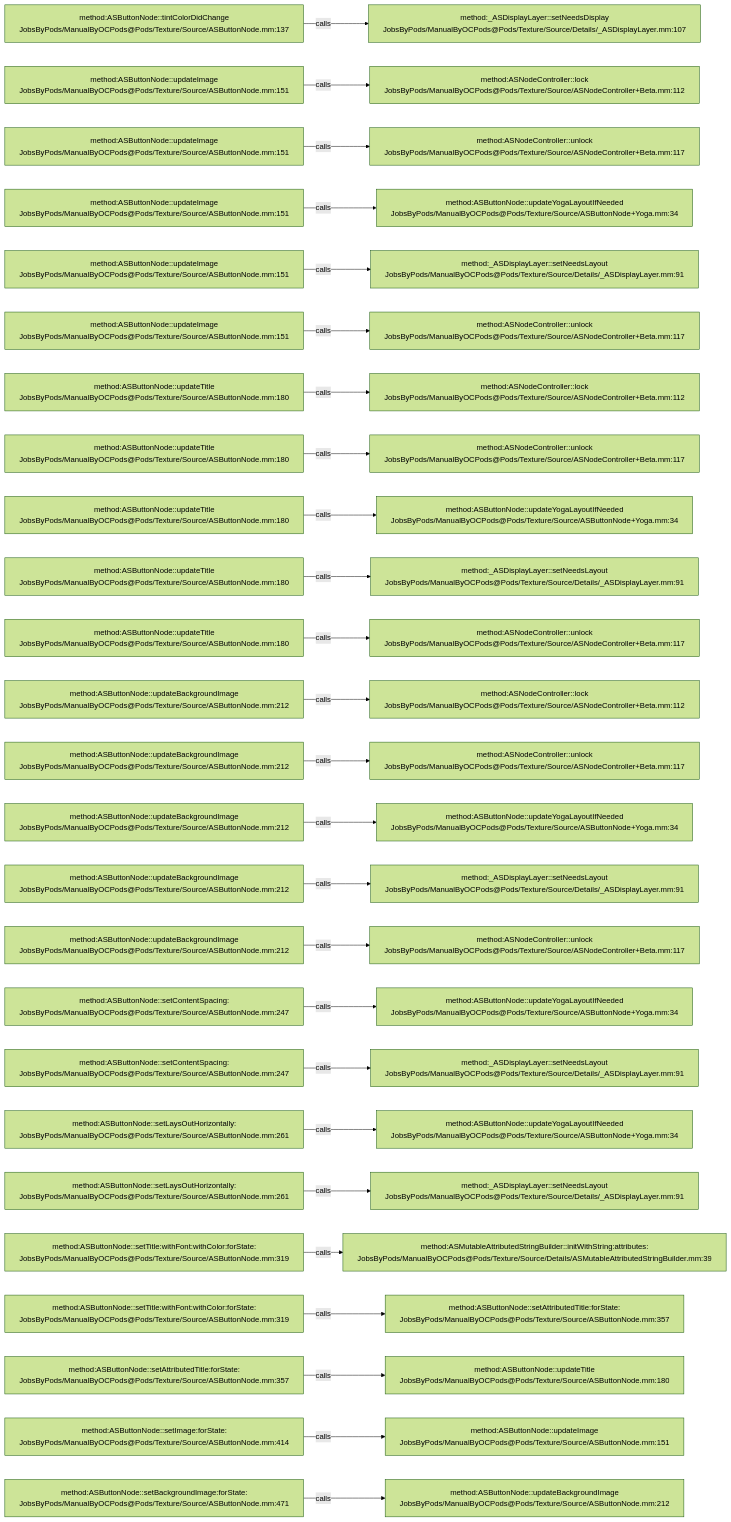
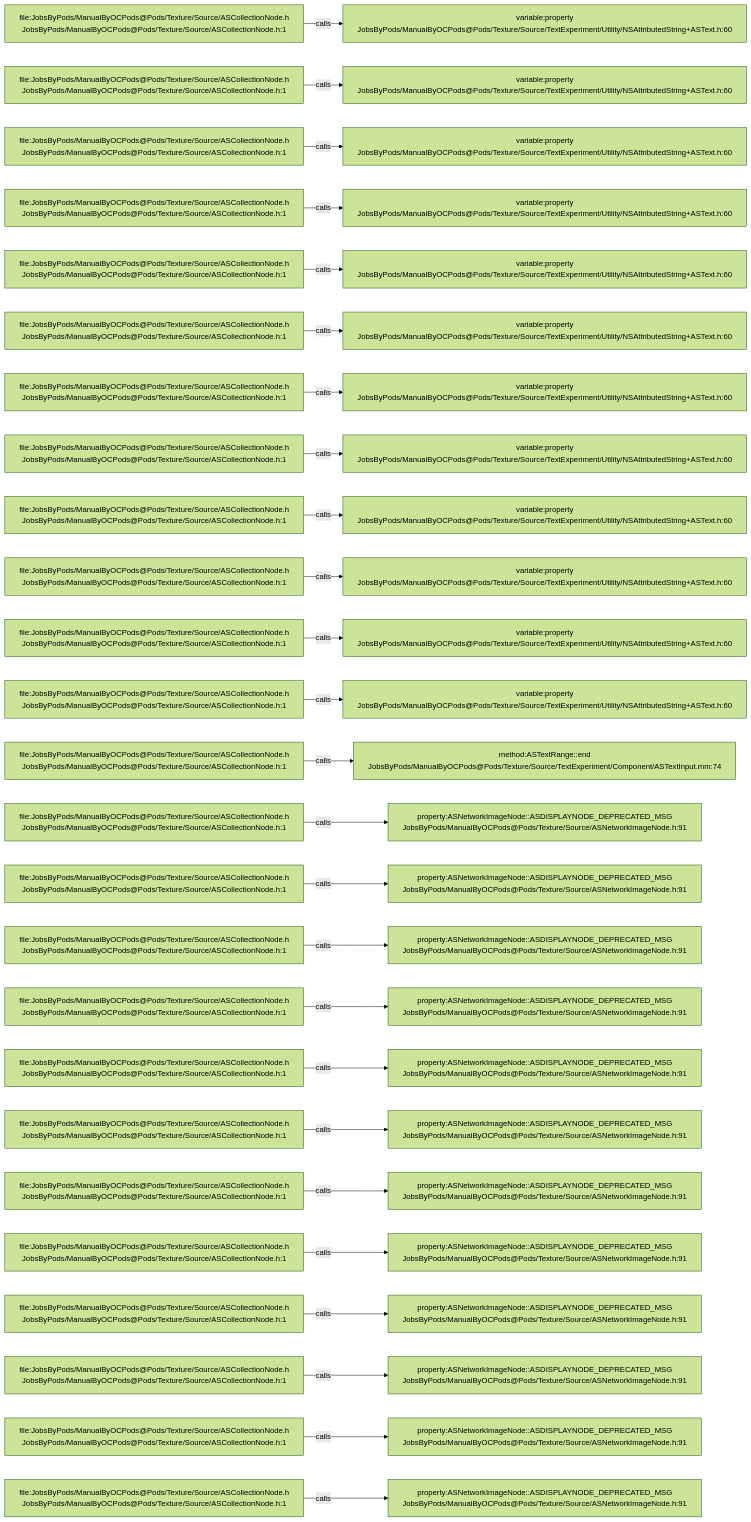
The diagram in .codegraph/codegraph.md/graphs/calls-073.md (JobsKits/JobsOCBaseConfigDemo), drawn with Mermaid (forest theme) before and after one commit. The commit also changed 1353 other files, not shown here.

````diff
--- a/.codegraph/codegraph.md/graphs/calls-073.md
+++ b/.codegraph/codegraph.md/graphs/calls-073.md
@@ -13,78 +13,78 @@
 ```mermaid
 flowchart LR
-  S1["method:ASButtonNode::tintColorDidChange<br/>JobsByPods/ManualByOCPods@Pods/Texture/Source/ASButtonNode.mm:137"]
-  T1["method:_ASDisplayLayer::setNeedsDisplay<br/>JobsByPods/ManualByOCPods@Pods/Texture/Source/Details/_ASDisplayLayer.mm:107"]
+  S1["file:JobsByPods/ManualByOCPods@Pods/Texture/Source/ASCollectionNode.h<br/>JobsByPods/ManualByOCPods@Pods/Texture/Source/ASCollectionNode.h:1"]
+  T1["variable:property<br/>JobsByPods/ManualByOCPods@Pods/Texture/Source/TextExperiment/Utility/NSAttributedString+ASText.h:60"]
   S1 -->|calls| T1
-  S2["method:ASButtonNode::updateImage<br/>JobsByPods/ManualByOCPods@Pods/Texture/Source/ASButtonNode.mm:151"]
-  T2["method:ASNodeController::lock<br/>JobsByPods/ManualByOCPods@Pods/Texture/Source/ASNodeController+Beta.mm:112"]
+  S2["file:JobsByPods/ManualByOCPods@Pods/Texture/Source/ASCollectionNode.h<br/>JobsByPods/ManualByOCPods@Pods/Texture/Source/ASCollectionNode.h:1"]
+  T2["variable:property<br/>JobsByPods/ManualByOCPods@Pods/Texture/Source/TextExperiment/Utility/NSAttributedString+ASText.h:60"]
   S2 -->|calls| T2
-  S3["method:ASButtonNode::updateImage<br/>JobsByPods/ManualByOCPods@Pods/Texture/Source/ASButtonNode.mm:151"]
-  T3["method:ASNodeController::unlock<br/>JobsByPods/ManualByOCPods@Pods/Texture/Source/ASNodeController+Beta.mm:117"]
+  S3["file:JobsByPods/ManualByOCPods@Pods/Texture/Source/ASCollectionNode.h<br/>JobsByPods/ManualByOCPods@Pods/Texture/Source/ASCollectionNode.h:1"]
+  T3["variable:property<br/>JobsByPods/ManualByOCPods@Pods/Texture/Source/TextExperiment/Utility/NSAttributedString+ASText.h:60"]
   S3 -->|calls| T3
-  S4["method:ASButtonNode::updateImage<br/>JobsByPods/ManualByOCPods@Pods/Texture/Source/ASButtonNode.mm:151"]
-  T4["method:ASButtonNode::updateYogaLayoutIfNeeded<br/>JobsByPods/ManualByOCPods@Pods/Texture/Source/ASButtonNode+Yoga.mm:34"]
+  S4["file:JobsByPods/ManualByOCPods@Pods/Texture/Source/ASCollectionNode.h<br/>JobsByPods/ManualByOCPods@Pods/Texture/Source/ASCollectionNode.h:1"]
+  T4["variable:property<br/>JobsByPods/ManualByOCPods@Pods/Texture/Source/TextExperiment/Utility/NSAttributedString+ASText.h:60"]
   S4 -->|calls| T4
-  S5["method:ASButtonNode::updateImage<br/>JobsByPods/ManualByOCPods@Pods/Texture/Source/ASButtonNode.mm:151"]
-  T5["method:_ASDisplayLayer::setNeedsLayout<br/>JobsByPods/ManualByOCPods@Pods/Texture/Source/Details/_ASDisplayLayer.mm:91"]
+  S5["file:JobsByPods/ManualByOCPods@Pods/Texture/Source/ASCollectionNode.h<br/>JobsByPods/ManualByOCPods@Pods/Texture/Source/ASCollectionNode.h:1"]
+  T5["variable:property<br/>JobsByPods/ManualByOCPods@Pods/Texture/Source/TextExperiment/Utility/NSAttributedString+ASText.h:60"]
   S5 -->|calls| T5
-  S6["method:ASButtonNode::updateImage<br/>JobsByPods/ManualByOCPods@Pods/Texture/Source/ASButtonNode.mm:151"]
-  T6["method:ASNodeController::unlock<br/>JobsByPods/ManualByOCPods@Pods/Texture/Source/ASNodeController+Beta.mm:117"]
+  S6["file:JobsByPods/ManualByOCPods@Pods/Texture/Source/ASCollectionNode.h<br/>JobsByPods/ManualByOCPods@Pods/Texture/Source/ASCollectionNode.h:1"]
+  T6["variable:property<br/>JobsByPods/ManualByOCPods@Pods/Texture/Source/TextExperiment/Utility/NSAttributedString+ASText.h:60"]
   S6 -->|calls| T6
-  S7["method:ASButtonNode::updateTitle<br/>JobsByPods/ManualByOCPods@Pods/Texture/Source/ASButtonNode.mm:180"]
-  T7["method:ASNodeController::lock<br/>JobsByPods/ManualByOCPods@Pods/Texture/Source/ASNodeController+Beta.mm:112"]
+  S7["file:JobsByPods/ManualByOCPods@Pods/Texture/Source/ASCollectionNode.h<br/>JobsByPods/ManualByOCPods@Pods/Texture/Source/ASCollectionNode.h:1"]
+  T7["variable:property<br/>JobsByPods/ManualByOCPods@Pods/Texture/Source/TextExperiment/Utility/NSAttributedString+ASText.h:60"]
   S7 -->|calls| T7
-  S8["method:ASButtonNode::updateTitle<br/>JobsByPods/ManualByOCPods@Pods/Texture/Source/ASButtonNode.mm:180"]
-  T8["method:ASNodeController::unlock<br/>JobsByPods/ManualByOCPods@Pods/Texture/Source/ASNodeController+Beta.mm:117"]
+  S8["file:JobsByPods/ManualByOCPods@Pods/Texture/Source/ASCollectionNode.h<br/>JobsByPods/ManualByOCPods@Pods/Texture/Source/ASCollectionNode.h:1"]
+  T8["variable:property<br/>JobsByPods/ManualByOCPods@Pods/Texture/Source/TextExperiment/Utility/NSAttributedString+ASText.h:60"]
   S8 -->|calls| T8
-  S9["method:ASButtonNode::updateTitle<br/>JobsByPods/ManualByOCPods@Pods/Texture/Source/ASButtonNode.mm:180"]
-  T9["method:ASButtonNode::updateYogaLayoutIfNeeded<br/>JobsByPods/ManualByOCPods@Pods/Texture/Source/ASButtonNode+Yoga.mm:34"]
+  S9["file:JobsByPods/ManualByOCPods@Pods/Texture/Source/ASCollectionNode.h<br/>JobsByPods/ManualByOCPods@Pods/Texture/Source/ASCollectionNode.h:1"]
+  T9["variable:property<br/>JobsByPods/ManualByOCPods@Pods/Texture/Source/TextExperiment/Utility/NSAttributedString+ASText.h:60"]
   S9 -->|calls| T9
-  S10["method:ASButtonNode::updateTitle<br/>JobsByPods/ManualByOCPods@Pods/Texture/Source/ASButtonNode.mm:180"]
-  T10["method:_ASDisplayLayer::setNeedsLayout<br/>JobsByPods/ManualByOCPods@Pods/Texture/Source/Details/_ASDisplayLayer.mm:91"]
+  S10["file:JobsByPods/ManualByOCPods@Pods/Texture/Source/ASCollectionNode.h<br/>JobsByPods/ManualByOCPods@Pods/Texture/Source/ASCollectionNode.h:1"]
+  T10["variable:property<br/>JobsByPods/ManualByOCPods@Pods/Texture/Source/TextExperiment/Utility/NSAttributedString+ASText.h:60"]
   S10 -->|calls| T10
-  S11["method:ASButtonNode::updateTitle<br/>JobsByPods/ManualByOCPods@Pods/Texture/Source/ASButtonNode.mm:180"]
-  T11["method:ASNodeController::unlock<br/>JobsByPods/ManualByOCPods@Pods/Texture/Source/ASNodeController+Beta.mm:117"]
+  S11["file:JobsByPods/ManualByOCPods@Pods/Texture/Source/ASCollectionNode.h<br/>JobsByPods/ManualByOCPods@Pods/Texture/Source/ASCollectionNode.h:1"]
+  T11["variable:property<br/>JobsByPods/ManualByOCPods@Pods/Texture/Source/TextExperiment/Utility/NSAttributedString+ASText.h:60"]
   S11 -->|calls| T11
-  S12["method:ASButtonNode::updateBackgroundImage<br/>JobsByPods/ManualByOCPods@Pods/Texture/Source/ASButtonNode.mm:212"]
-  T12["method:ASNodeController::lock<br/>JobsByPods/ManualByOCPods@Pods/Texture/Source/ASNodeController+Beta.mm:112"]
+  S12["file:JobsByPods/ManualByOCPods@Pods/Texture/Source/ASCollectionNode.h<br/>JobsByPods/ManualByOCPods@Pods/Texture/Source/ASCollectionNode.h:1"]
+  T12["variable:property<br/>JobsByPods/ManualByOCPods@Pods/Texture/Source/TextExperiment/Utility/NSAttributedString+ASText.h:60"]
   S12 -->|calls| T12
-  S13["method:ASButtonNode::updateBackgroundImage<br/>JobsByPods/ManualByOCPods@Pods/Texture/Source/ASButtonNode.mm:212"]
-  T13["method:ASNodeController::unlock<br/>JobsByPods/ManualByOCPods@Pods/Texture/Source/ASNodeController+Beta.mm:117"]
+  S13["file:JobsByPods/ManualByOCPods@Pods/Texture/Source/ASCollectionNode.h<br/>JobsByPods/ManualByOCPods@Pods/Texture/Source/ASCollectionNode.h:1"]
+  T13["method:ASTextRange::end<br/>JobsByPods/ManualByOCPods@Pods/Texture/Source/TextExperiment/Component/ASTextInput.mm:74"]
   S13 -->|calls| T13
-  S14["method:ASButtonNode::updateBackgroundImage<br/>JobsByPods/ManualByOCPods@Pods/Texture/Source/ASButtonNode.mm:212"]
-  T14["method:ASButtonNode::updateYogaLayoutIfNeeded<br/>JobsByPods/ManualByOCPods@Pods/Texture/Source/ASButtonNode+Yoga.mm:34"]
+  S14["file:JobsByPods/ManualByOCPods@Pods/Texture/Source/ASCollectionNode.h<br/>JobsByPods/ManualByOCPods@Pods/Texture/Source/ASCollectionNode.h:1"]
+  T14["property:ASNetworkImageNode::ASDISPLAYNODE_DEPRECATED_MSG<br/>JobsByPods/ManualByOCPods@Pods/Texture/Source/ASNetworkImageNode.h:91"]
   S14 -->|calls| T14
-  S15["method:ASButtonNode::updateBackgroundImage<br/>JobsByPods/ManualByOCPods@Pods/Texture/Source/ASButtonNode.mm:212"]
-  T15["method:_ASDisplayLayer::setNeedsLayout<br/>JobsByPods/ManualByOCPods@Pods/Texture/Source/Details/_ASDisplayLayer.mm:91"]
+  S15["file:JobsByPods/ManualByOCPods@Pods/Texture/Source/ASCollectionNode.h<br/>JobsByPods/ManualByOCPods@Pods/Texture/Source/ASCollectionNode.h:1"]
+  T15["property:ASNetworkImageNode::ASDISPLAYNODE_DEPRECATED_MSG<br/>JobsByPods/ManualByOCPods@Pods/Texture/Source/ASNetworkImageNode.h:91"]
   S15 -->|calls| T15
-  S16["method:ASButtonNode::updateBackgroundImage<br/>JobsByPods/ManualByOCPods@Pods/Texture/Source/ASButtonNode.mm:212"]
-  T16["method:ASNodeController::unlock<br/>JobsByPods/ManualByOCPods@Pods/Texture/Source/ASNodeController+Beta.mm:117"]
+  S16["file:JobsByPods/ManualByOCPods@Pods/Texture/Source/ASCollectionNode.h<br/>JobsByPods/ManualByOCPods@Pods/Texture/Source/ASCollectionNode.h:1"]
+  T16["property:ASNetworkImageNode::ASDISPLAYNODE_DEPRECATED_MSG<br/>JobsByPods/ManualByOCPods@Pods/Texture/Source/ASNetworkImageNode.h:91"]
   S16 -->|calls| T16
-  S17["method:ASButtonNode::setContentSpacing:<br/>JobsByPods/ManualByOCPods@Pods/Texture/Source/ASButtonNode.mm:247"]
-  T17["method:ASButtonNode::updateYogaLayoutIfNeeded<br/>JobsByPods/ManualByOCPods@Pods/Texture/Source/ASButtonNode+Yoga.mm:34"]
+  S17["file:JobsByPods/ManualByOCPods@Pods/Texture/Source/ASCollectionNode.h<br/>JobsByPods/ManualByOCPods@Pods/Texture/Source/ASCollectionNode.h:1"]
+  T17["property:ASNetworkImageNode::ASDISPLAYNODE_DEPRECATED_MSG<br/>JobsByPods/ManualByOCPods@Pods/Texture/Source/ASNetworkImageNode.h:91"]
   S17 -->|calls| T17
-  S18["method:ASButtonNode::setContentSpacing:<br/>JobsByPods/ManualByOCPods@Pods/Texture/Source/ASButtonNode.mm:247"]
-  T18["method:_ASDisplayLayer::setNeedsLayout<br/>JobsByPods/ManualByOCPods@Pods/Texture/Source/Details/_ASDisplayLayer.mm:91"]
+  S18["file:JobsByPods/ManualByOCPods@Pods/Texture/Source/ASCollectionNode.h<br/>JobsByPods/ManualByOCPods@Pods/Texture/Source/ASCollectionNode.h:1"]
+  T18["property:ASNetworkImageNode::ASDISPLAYNODE_DEPRECATED_MSG<br/>JobsByPods/ManualByOCPods@Pods/Texture/Source/ASNetworkImageNode.h:91"]
   S18 -->|calls| T18
-  S19["method:ASButtonNode::setLaysOutHorizontally:<br/>JobsByPods/ManualByOCPods@Pods/Texture/Source/ASButtonNode.mm:261"]
-  T19["method:ASButtonNode::updateYogaLayoutIfNeeded<br/>JobsByPods/ManualByOCPods@Pods/Texture/Source/ASButtonNode+Yoga.mm:34"]
+  S19["file:JobsByPods/ManualByOCPods@Pods/Texture/Source/ASCollectionNode.h<br/>JobsByPods/ManualByOCPods@Pods/Texture/Source/ASCollectionNode.h:1"]
+  T19["property:ASNetworkImageNode::ASDISPLAYNODE_DEPRECATED_MSG<br/>JobsByPods/ManualByOCPods@Pods/Texture/Source/ASNetworkImageNode.h:91"]
   S19 -->|calls| T19
-  S20["method:ASButtonNode::setLaysOutHorizontally:<br/>JobsByPods/ManualByOCPods@Pods/Texture/Source/ASButtonNode.mm:261"]
-  T20["method:_ASDisplayLayer::setNeedsLayout<br/>JobsByPods/ManualByOCPods@Pods/Texture/Source/Details/_ASDisplayLayer.mm:91"]
+  S20["file:JobsByPods/ManualByOCPods@Pods/Texture/Source/ASCollectionNode.h<br/>JobsByPods/ManualByOCPods@Pods/Texture/Source/ASCollectionNode.h:1"]
+  T20["property:ASNetworkImageNode::ASDISPLAYNODE_DEPRECATED_MSG<br/>JobsByPods/ManualByOCPods@Pods/Texture/Source/ASNetworkImageNode.h:91"]
   S20 -->|calls| T20
-  S21["method:ASButtonNode::setTitle:withFont:withColor:forState:<br/>JobsByPods/ManualByOCPods@Pods/Texture/Source/ASButtonNode.mm:319"]
-  T21["method:ASMutableAttributedStringBuilder::initWithString:attributes:<br/>JobsByPods/ManualByOCPods@Pods/Texture/Source/Details/ASMutableAttributedStringBuilder.mm:39"]
+  S21["file:JobsByPods/ManualByOCPods@Pods/Texture/Source/ASCollectionNode.h<br/>JobsByPods/ManualByOCPods@Pods/Texture/Source/ASCollectionNode.h:1"]
+  T21["property:ASNetworkImageNode::ASDISPLAYNODE_DEPRECATED_MSG<br/>JobsByPods/ManualByOCPods@Pods/Texture/Source/ASNetworkImageNode.h:91"]
   S21 -->|calls| T21
-  S22["method:ASButtonNode::setTitle:withFont:withColor:forState:<br/>JobsByPods/ManualByOCPods@Pods/Texture/Source/ASButtonNode.mm:319"]
-  T22["method:ASButtonNode::setAttributedTitle:forState:<br/>JobsByPods/ManualByOCPods@Pods/Texture/Source/ASButtonNode.mm:357"]
+  S22["file:JobsByPods/ManualByOCPods@Pods/Texture/Source/ASCollectionNode.h<br/>JobsByPods/ManualByOCPods@Pods/Texture/Source/ASCollectionNode.h:1"]
+  T22["property:ASNetworkImageNode::ASDISPLAYNODE_DEPRECATED_MSG<br/>JobsByPods/ManualByOCPods@Pods/Texture/Source/ASNetworkImageNode.h:91"]
   S22 -->|calls| T22
-  S23["method:ASButtonNode::setAttributedTitle:forState:<br/>JobsByPods/ManualByOCPods@Pods/Texture/Source/ASButtonNode.mm:357"]
-  T23["method:ASButtonNode::updateTitle<br/>JobsByPods/ManualByOCPods@Pods/Texture/Source/ASButtonNode.mm:180"]
+  S23["file:JobsByPods/ManualByOCPods@Pods/Texture/Source/ASCollectionNode.h<br/>JobsByPods/ManualByOCPods@Pods/Texture/Source/ASCollectionNode.h:1"]
+  T23["property:ASNetworkImageNode::ASDISPLAYNODE_DEPRECATED_MSG<br/>JobsByPods/ManualByOCPods@Pods/Texture/Source/ASNetworkImageNode.h:91"]
   S23 -->|calls| T23
-  S24["method:ASButtonNode::setImage:forState:<br/>JobsByPods/ManualByOCPods@Pods/Texture/Source/ASButtonNode.mm:414"]
-  T24["method:ASButtonNode::updateImage<br/>JobsByPods/ManualByOCPods@Pods/Texture/Source/ASButtonNode.mm:151"]
+  S24["file:JobsByPods/ManualByOCPods@Pods/Texture/Source/ASCollectionNode.h<br/>JobsByPods/ManualByOCPods@Pods/Texture/Source/ASCollectionNode.h:1"]
+  T24["property:ASNetworkImageNode::ASDISPLAYNODE_DEPRECATED_MSG<br/>JobsByPods/ManualByOCPods@Pods/Texture/Source/ASNetworkImageNode.h:91"]
   S24 -->|calls| T24
-  S25["method:ASButtonNode::setBackgroundImage:forState:<br/>JobsByPods/ManualByOCPods@Pods/Texture/Source/ASButtonNode.mm:471"]
-  T25["method:ASButtonNode::updateBackgroundImage<br/>JobsByPods/ManualByOCPods@Pods/Texture/Source/ASButtonNode.mm:212"]
+  S25["file:JobsByPods/ManualByOCPods@Pods/Texture/Source/ASCollectionNode.h<br/>JobsByPods/ManualByOCPods@Pods/Texture/Source/ASCollectionNode.h:1"]
+  T25["property:ASNetworkImageNode::ASDISPLAYNODE_DEPRECATED_MSG<br/>JobsByPods/ManualByOCPods@Pods/Texture/Source/ASNetworkImageNode.h:91"]
   S25 -->|calls| T25
 ```
````
